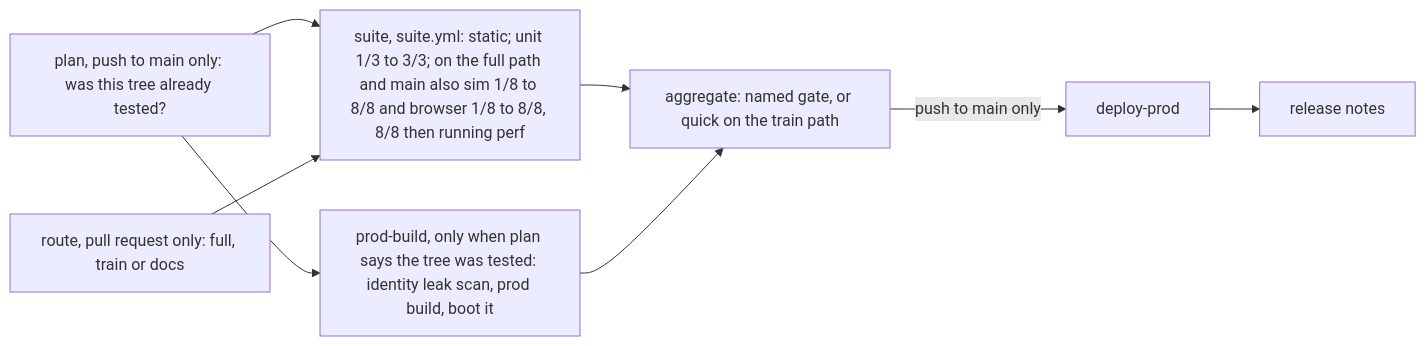
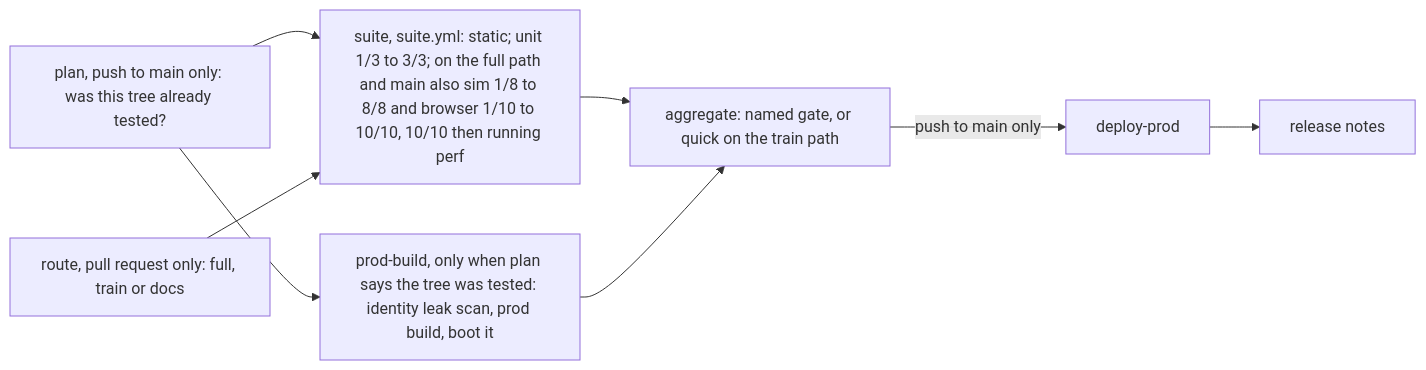
Before and after one commit to joshuasundance-swca/throttlebrawl: the diagram in docs/engineering.md, drawn with Mermaid. The commit also changed other lines of this file and 6 other files, not shown here.

````diff
--- a/docs/engineering.md
+++ b/docs/engineering.md
@@ -294,9 +294,9 @@
 ```mermaid
 flowchart LR
   P[plan, push to main only: was this tree already tested?] --> SU & B
   RT[route, pull request only: full, train or docs] --> SU
-  SU[suite, suite.yml: static; unit 1/3 to 3/3; on the full path and main also sim 1/8 to 8/8 and browser 1/8 to 8/8, 8/8 then running perf] --> G
+  SU[suite, suite.yml: static; unit 1/3 to 3/3; on the full path and main also sim 1/8 to 8/8 and browser 1/10 to 10/10, 10/10 then running perf] --> G
   B[prod-build, only when plan says the tree was tested: identity leak scan, prod build, boot it] --> G
   G[aggregate: named gate, or quick on the train path] -->|push to main only| D[deploy-prod]
   D --> R[release notes]
 ```
````
